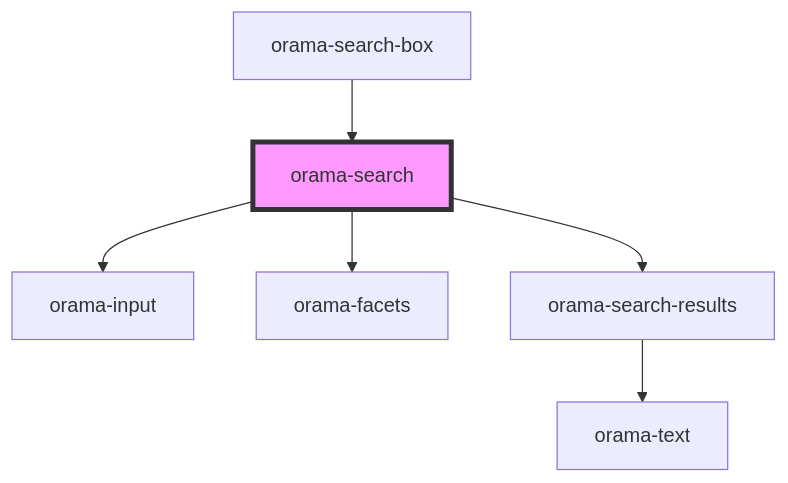
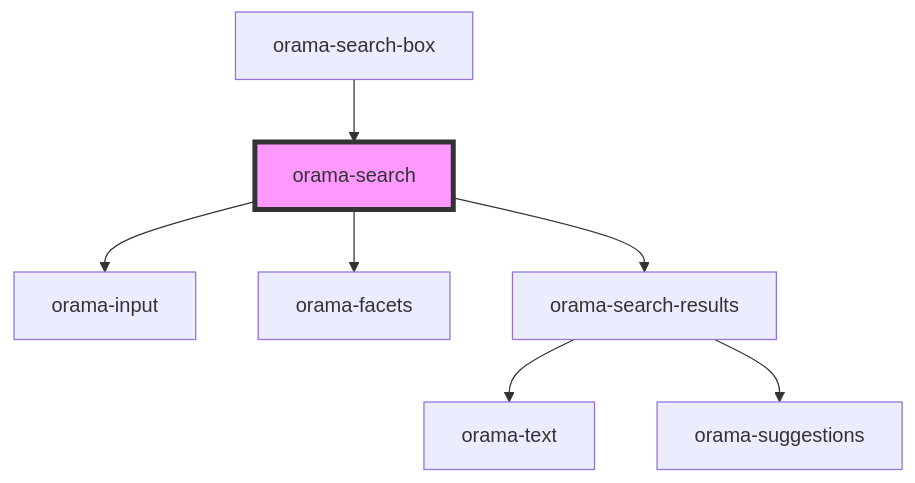
Before and after one commit to oramasearch/orama-ui-components: the diagram in packages/ui-stencil/src/components/internal/orama-search/readme.md, drawn with Mermaid. The commit also changed 14 other files, not shown here.

````diff
--- a/packages/ui-stencil/src/components/internal/orama-search/readme.md
+++ b/packages/ui-stencil/src/components/internal/orama-search/readme.md
@@ -36,9 +36,10 @@
 ```mermaid
 graph TD;
   orama-search --> orama-input
   orama-search --> orama-facets
   orama-search --> orama-search-results
   orama-search-results --> orama-text
+  orama-search-results --> orama-suggestions
   orama-search-box --> orama-search
   style orama-search fill:#f9f,stroke:#333,stroke-width:4px
 ```
````
